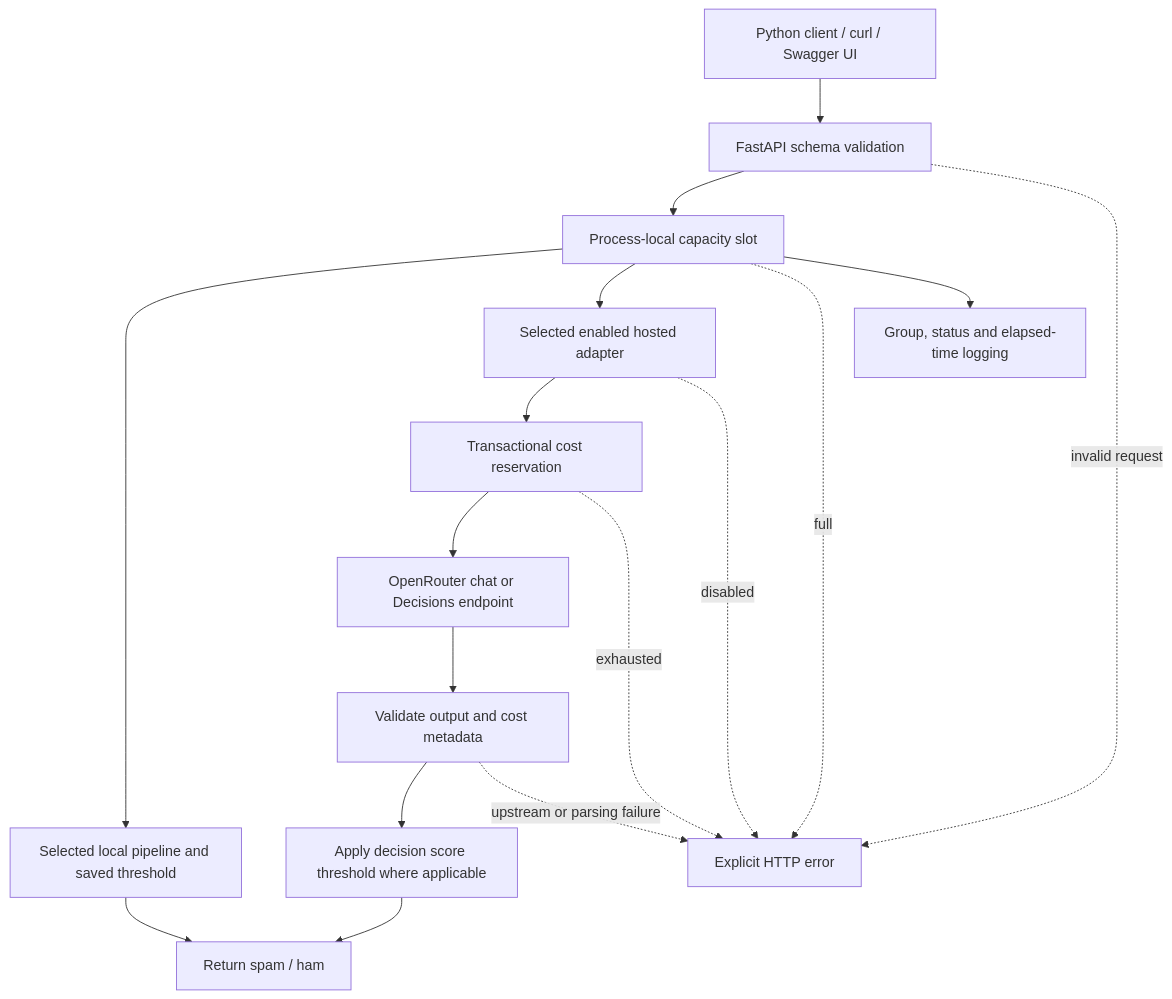
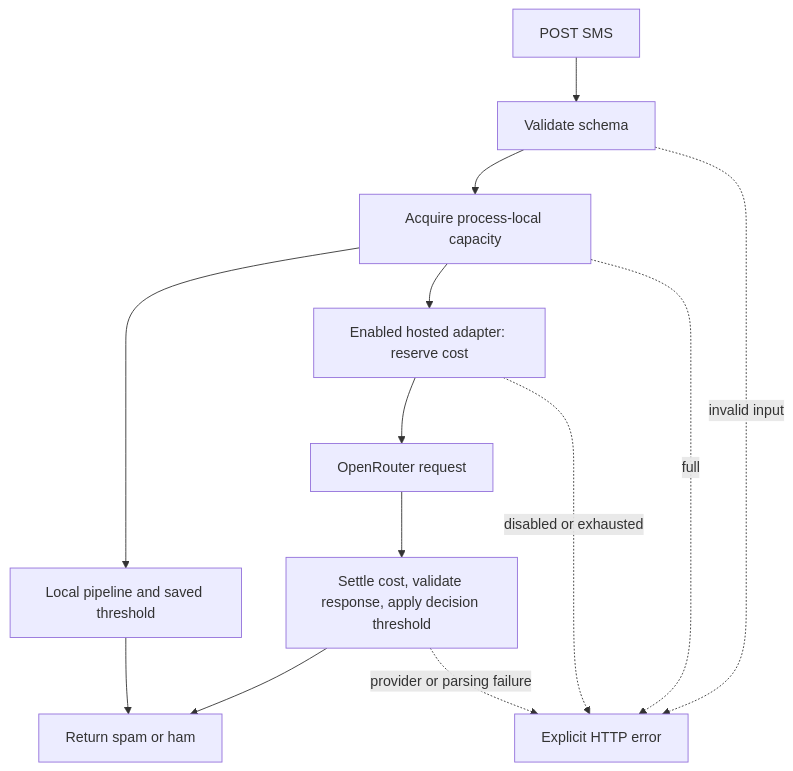
Before and after one commit to DomGallego/moneyme-sms-spam-classifier: the second of 2 diagrams in docs/architecture.md, drawn with Mermaid. The commit also changed other lines of this file and 21 other files, not shown here.

````diff
--- a/docs/architecture.md
+++ b/docs/architecture.md
@@ -78,19 +59,15 @@
 ```mermaid
 flowchart TD
-    CLIENT[Python client / curl / Swagger UI] --> API[FastAPI schema validation]
-    API --> CAPACITY[Process-local capacity slot]
-    CAPACITY --> LOCAL[Selected local pipeline and saved threshold]
-    CAPACITY --> ENABLED[Selected enabled hosted adapter]
-    ENABLED --> BUDGET[Transactional cost reservation]
-    BUDGET --> PROVIDER[OpenRouter chat or Decisions endpoint]
-    PROVIDER --> VALIDATE[Validate output and cost metadata]
-    VALIDATE --> THRESHOLD[Apply decision score threshold where applicable]
-    THRESHOLD --> RESULT[Return spam / ham]
-    LOCAL --> RESULT
-    API -. invalid request .-> ERROR[Explicit HTTP error]
+    INPUT[POST SMS] --> VALIDATE[Validate schema]
+    VALIDATE --> CAPACITY[Acquire process-local capacity]
+    CAPACITY --> LOCAL[Local pipeline and saved threshold]
+    CAPACITY --> RESERVE[Enabled hosted adapter: reserve cost]
+    RESERVE --> PROVIDER[OpenRouter request]
+    PROVIDER --> OUTPUT[Settle cost, validate response, apply decision threshold]
+    OUTPUT --> LABEL[Return spam or ham]
+    LOCAL --> LABEL
+    VALIDATE -. invalid input .-> ERROR[Explicit HTTP error]
     CAPACITY -. full .-> ERROR
-    ENABLED -. disabled .-> ERROR
-    BUDGET -. exhausted .-> ERROR
-    VALIDATE -. upstream or parsing failure .-> ERROR
-    CAPACITY --> LOG[Group, status and elapsed-time logging]
+    RESERVE -. disabled or exhausted .-> ERROR
+    OUTPUT -. provider or parsing failure .-> ERROR
 ```
````
